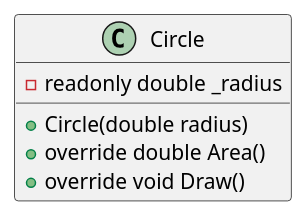
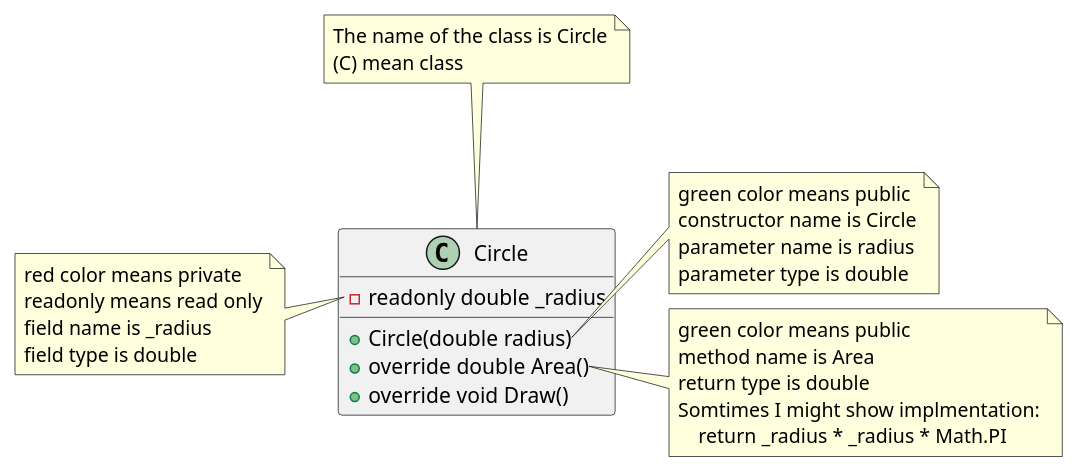
One commit to d-german/intro-uml changed the diagram in intro-uml/Circle.puml. Above: the diagram before and after it, drawn with PlantUML. The commit also changed 3 other files, not shown here.

```diff
--- a/intro-uml/Circle.puml
+++ b/intro-uml/Circle.puml
@@ -1,9 +1,36 @@
 @startuml
 class Circle
 {
     - readonly double _radius
     + Circle(double radius)  
     + override double Area() 
     + override void Draw()    
 }
+
+note top of Circle
+    The name of the class is Circle
+    (C) mean class
+end note
+
+note left of Circle::_radius
+    red color means private
+    readonly means read only
+    field name is _radius
+    field type is double
+end note
+
+note right of Circle::Circle
+    green color means public
+    constructor name is Circle
+    parameter name is radius
+    parameter type is double
+end note
+
+note right of Circle::Area
+    green color means public
+    method name is Area
+    return type is double
+    Somtimes I might show implmentation:
+        return _radius * _radius * Math.PI
+end note
 @enduml
```
